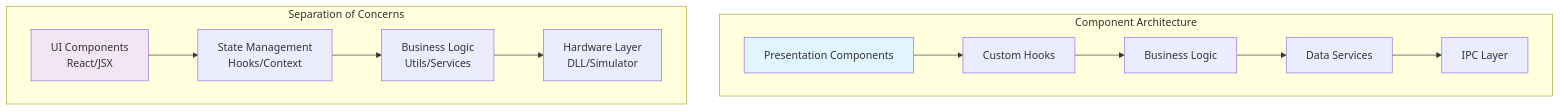
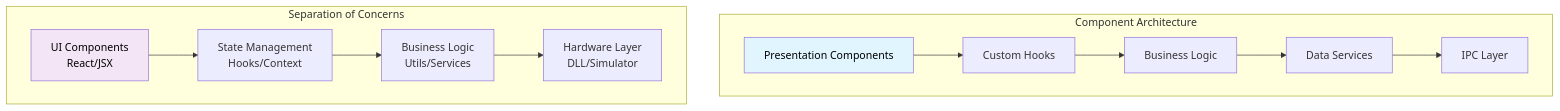
One commit to Interlaken0/temperature-plotter changed the second of 9 diagrams in docs/CONTRIBUTING.md. Above: the diagram before and after it, drawn with Mermaid. The commit also changed other lines of this file and 8 other files, not shown here.

First line of the commit message:
Standardise Mermaid diagram text colour to black across all documentation

````diff
--- a/docs/CONTRIBUTING.md
+++ b/docs/CONTRIBUTING.md
@@ -407,18 +407,18 @@
 ```mermaid
 graph TB
     subgraph "Component Architecture"
         A[Presentation Components] --> B[Custom Hooks]
         B --> C[Business Logic]
         C --> D[Data Services]
         D --> E[IPC Layer]
     end
     
     subgraph "Separation of Concerns"
         F[UI Components<br/>React/JSX] --> G[State Management<br/>Hooks/Context]
         G --> H[Business Logic<br/>Utils/Services]
         H --> I[Hardware Layer<br/>DLL/Simulator]
     end
     
-    style A fill:#e1f5fe
-    style F fill:#f3e5f5
+    style A fill:#e1f5fe,color:#000000
+    style F fill:#f3e5f5,color:#000000
 ```
````
